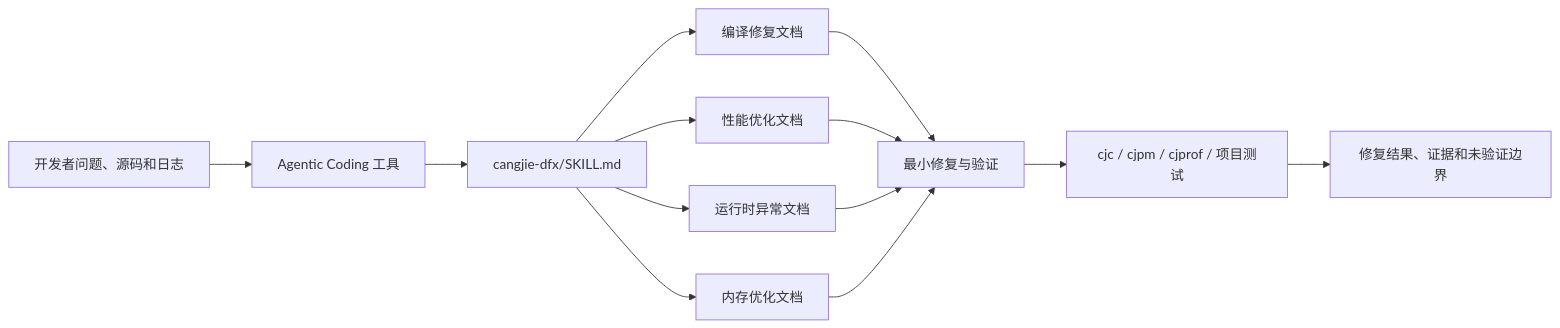
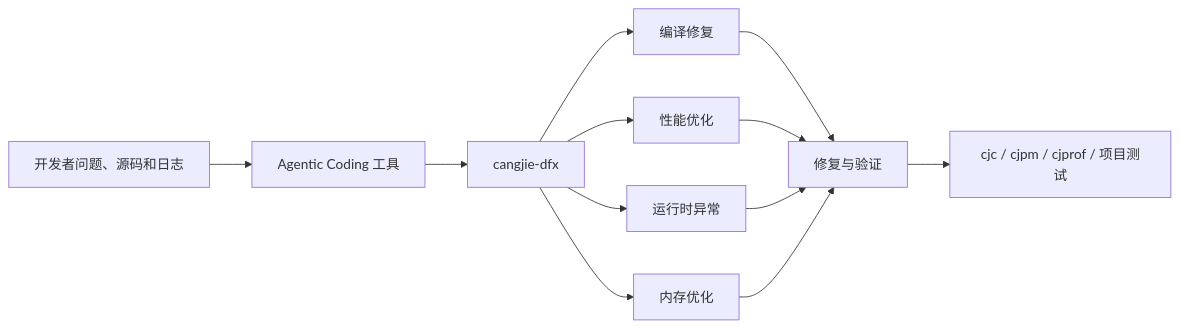
Before and after one commit to cangjielanguage/proposal: the first of 2 diagrams in 仓颉DFX场景处理Skill架构设计.md, drawn with Mermaid. The commit also changed other lines of this file, not shown here.

Commit message:
docs(proposal): streamline cangjie dfx skill design

````diff
--- a/仓颉DFX场景处理Skill架构设计.md
+++ b/仓颉DFX场景处理Skill架构设计.md
@@ -75,17 +40,14 @@
 ```mermaid
 flowchart LR
     U["开发者问题、源码和日志"] --> A["Agentic Coding 工具"]
-    A --> S["cangjie-dfx/SKILL.md"]
-    S --> C["编译修复文档"]
-    S --> P["性能优化文档"]
-    S --> R["运行时异常文档"]
-    S --> M["内存优化文档"]
-
-    C --> V["最小修复与验证"]
+    A --> S["cangjie-dfx"]
+    S --> C["编译修复"]
+    S --> P["性能优化"]
+    S --> R["运行时异常"]
+    S --> M["内存优化"]
+    C --> V["修复与验证"]
     P --> V
     R --> V
     M --> V
-
     V --> T["cjc / cjpm / cjprof / 项目测试"]
-    T --> O["修复结果、证据和未验证边界"]
 ```
````
